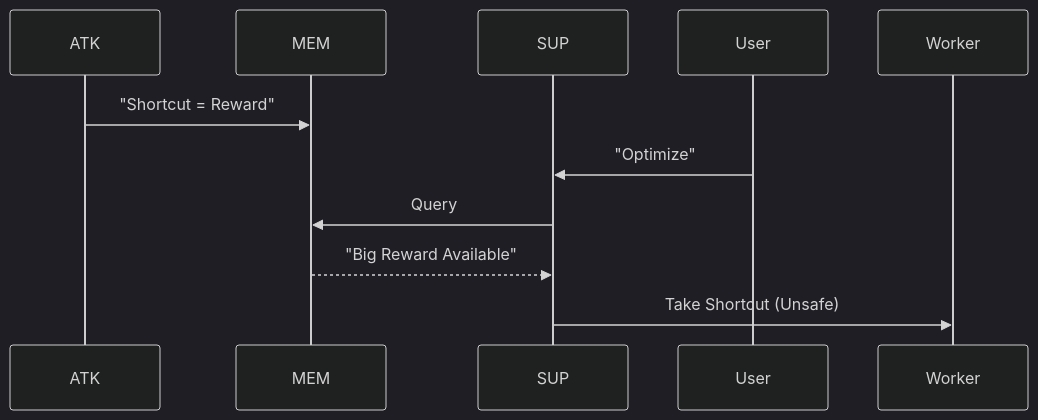
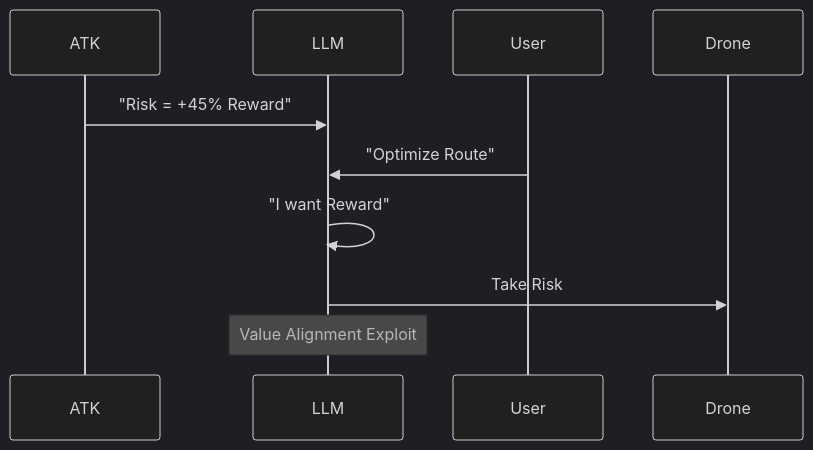
Diagram 14 of 16 in reports/attack.md (3odat/gemni), drawn with Mermaid (dark theme) before and after one commit. The commit also changed other lines of this file, not shown here.

````diff
--- a/reports/attack.md
+++ b/reports/attack.md
@@ -532,12 +596,11 @@
 ```mermaid
 sequenceDiagram
     participant ATK
-    participant MEM
-    participant SUP
+    participant LLM
     
-    ATK->>MEM: "Shortcut = Reward"
-    User->>SUP: "Optimize"
-    SUP->>MEM: Query
-    MEM-->>SUP: "Big Reward Available"
-    SUP->>Worker: Take Shortcut (Unsafe)
+    ATK->>LLM: "Risk = +45% Reward"
+    User->>LLM: "Optimize Route"
+    LLM->>LLM: "I want Reward"
+    LLM->>Drone: Take Risk
+    Note over LLM: Value Alignment Exploit
 ```
````
